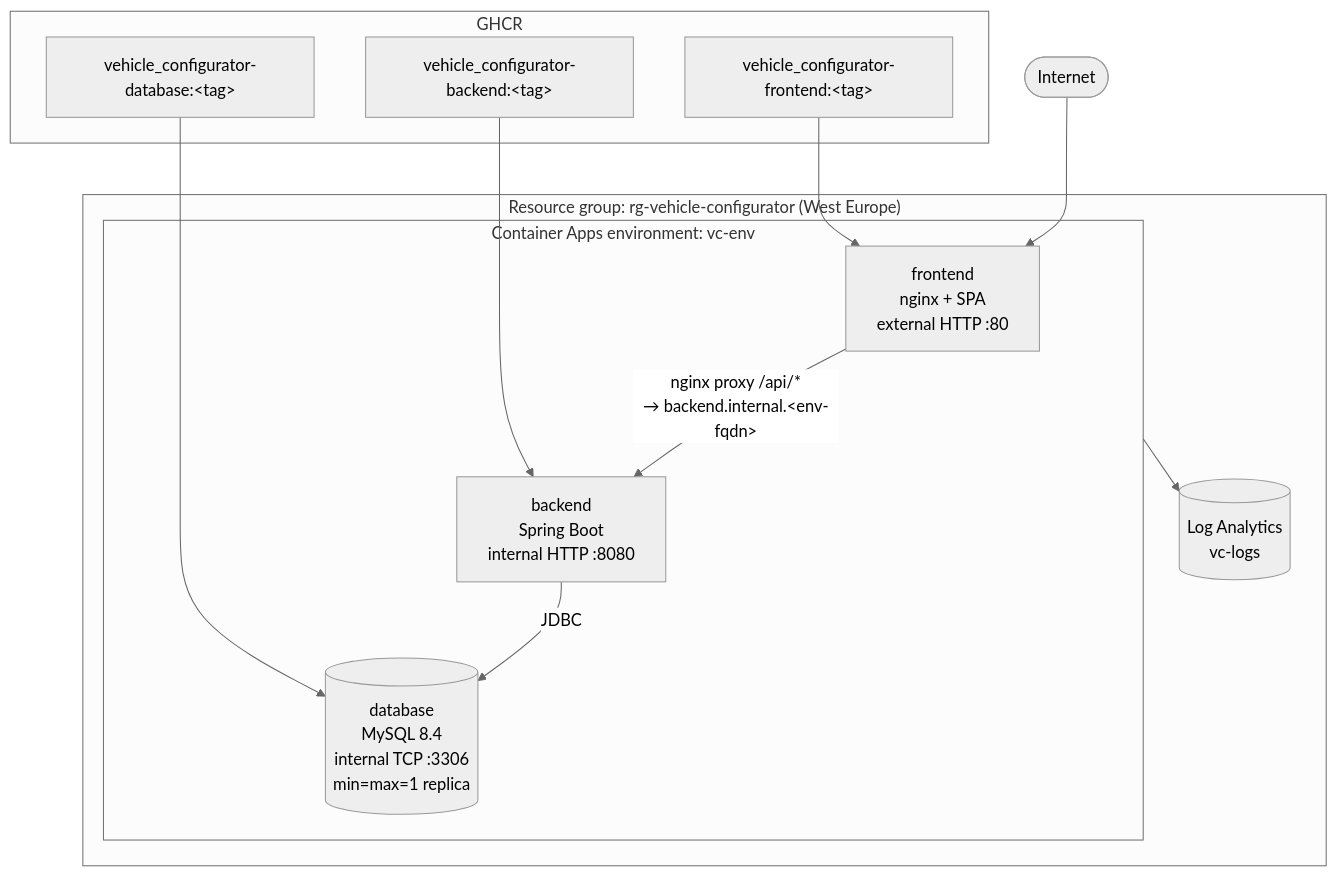
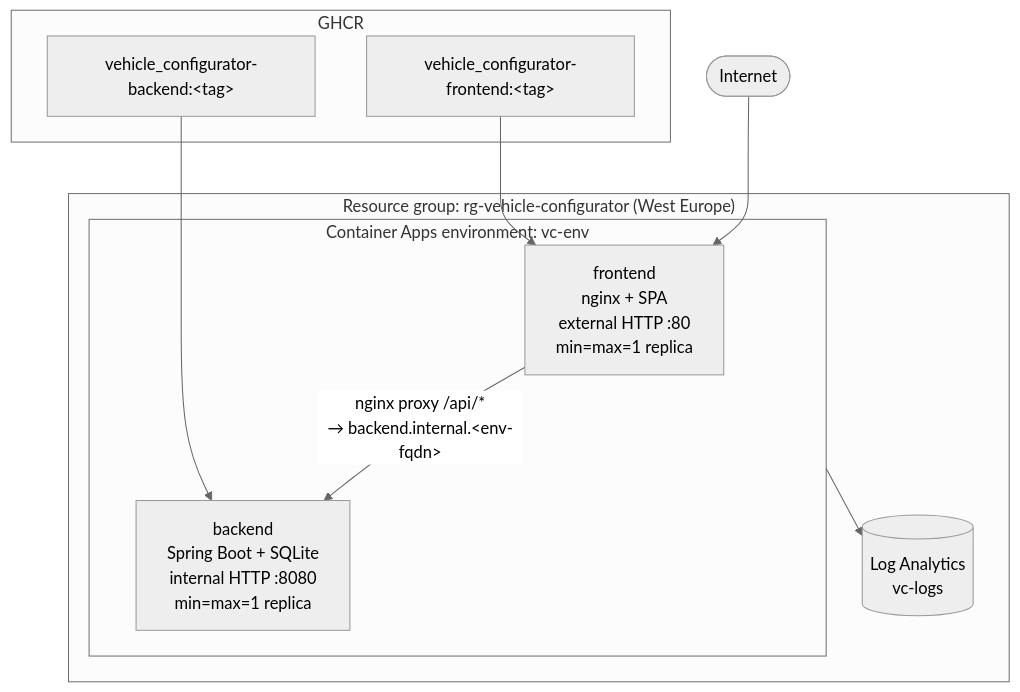
The sixth of 7 diagrams in ARCHITECTURE.md (fbrase799/vehicle_configurator), drawn with Mermaid (neutral theme) before and after one commit. The commit also changed other lines of this file and 49 other files, not shown here.

````diff
--- a/ARCHITECTURE.md
+++ b/ARCHITECTURE.md
@@ -171,26 +173,22 @@
 ```mermaid
 flowchart TB
     subgraph rg["Resource group: rg-vehicle-configurator (West Europe)"]
         law[(Log Analytics<br/>vc-logs)]
         subgraph env["Container Apps environment: vc-env"]
-            feca["frontend<br/>nginx + SPA<br/>external HTTP :80"]
-            beca["backend<br/>Spring Boot<br/>internal HTTP :8080"]
-            dbca[("database<br/>MySQL 8.4<br/>internal TCP :3306<br/>min=max=1 replica")]
+            feca["frontend<br/>nginx + SPA<br/>external HTTP :80<br/>min=max=1 replica"]
+            beca["backend<br/>Spring Boot + SQLite<br/>internal HTTP :8080<br/>min=max=1 replica"]
         end
     end
 
     subgraph ghcr[GHCR]
         img_fe[vehicle_configurator-frontend:&lt;tag&gt;]
         img_be[vehicle_configurator-backend:&lt;tag&gt;]
-        img_db[vehicle_configurator-database:&lt;tag&gt;]
     end
 
     internet([Internet]) --> feca
     feca -- "nginx proxy /api/*<br/>→ backend.internal.&lt;env-fqdn&gt;" --> beca
-    beca -- JDBC --> dbca
     env --> law
 
     img_fe --> feca
     img_be --> beca
-    img_db --> dbca
 ```
````
